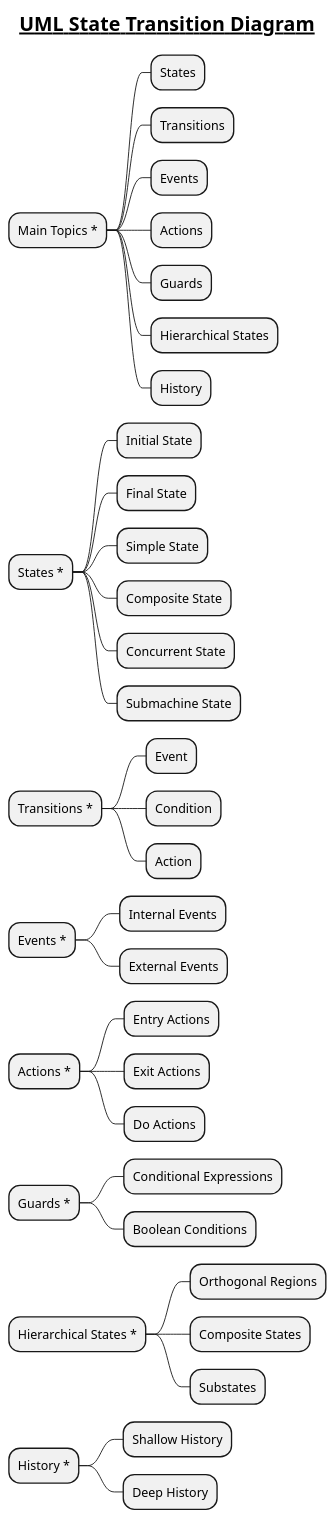
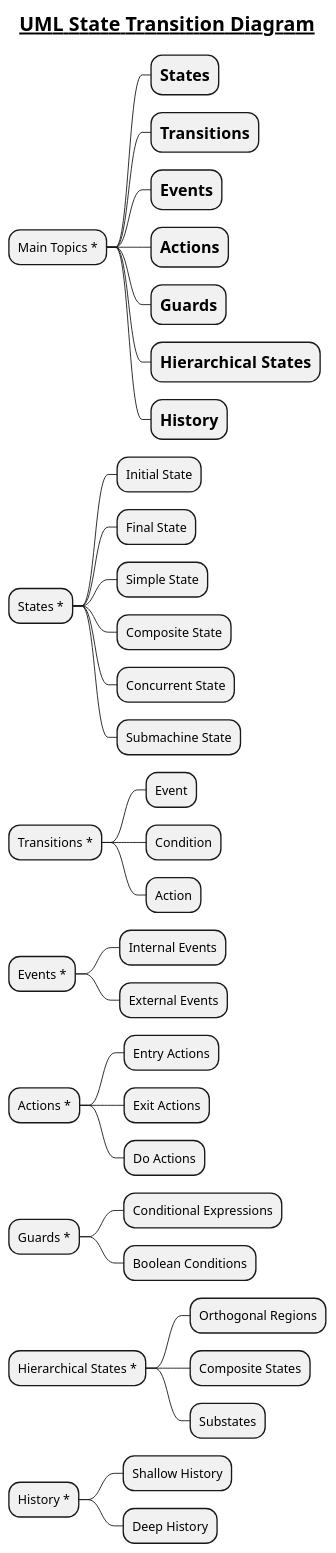
One commit to MehmoodHashmi/Documentation-as-Code-DaC changed the diagram in docs/uml/PlantUML/UML-State-Transition-Diagram.puml. Above: the diagram before and after it, drawn with PlantUML.

Commit message:
professor leonard notes

```diff
--- a/docs/uml/PlantUML/UML-State-Transition-Diagram.puml
+++ b/docs/uml/PlantUML/UML-State-Transition-Diagram.puml
@@ -1,48 +1,48 @@
 @startmindmap
 title =__UML State Transition Diagram__
 
 * Main Topics *
-** States
-** Transitions
-** Events
-** Actions
-** Guards
-** Hierarchical States
-** History
+** =States
+** =Transitions
+** =Events
+** =Actions
+** =Guards
+** =Hierarchical States
+** =History
 
 * States *
 ** Initial State
 ** Final State
 ** Simple State
 ** Composite State
 ** Concurrent State
 ** Submachine State
 
 * Transitions *
 ** Event
 ** Condition
 ** Action
 
 * Events *
 ** Internal Events
 ** External Events
 
 * Actions *
 ** Entry Actions
 ** Exit Actions
 ** Do Actions
 
 * Guards *
 ** Conditional Expressions
 ** Boolean Conditions
 
 * Hierarchical States *
 ** Orthogonal Regions
 ** Composite States
 ** Substates
 
 * History *
 ** Shallow History
 ** Deep History
 
 @endmindmap
```
